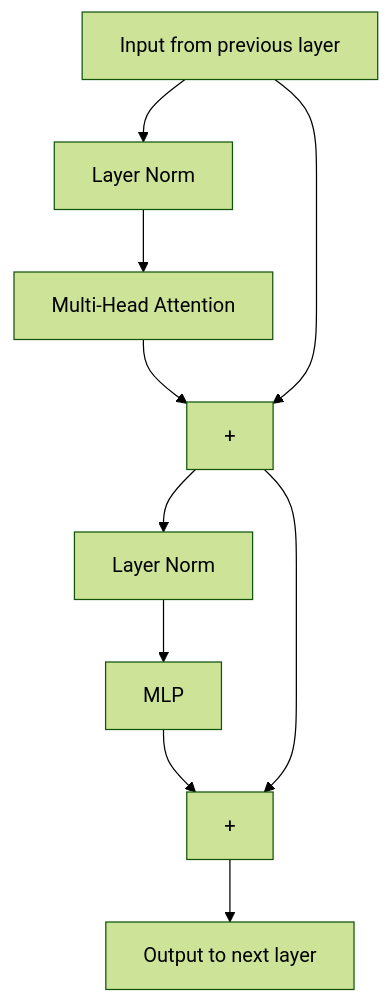
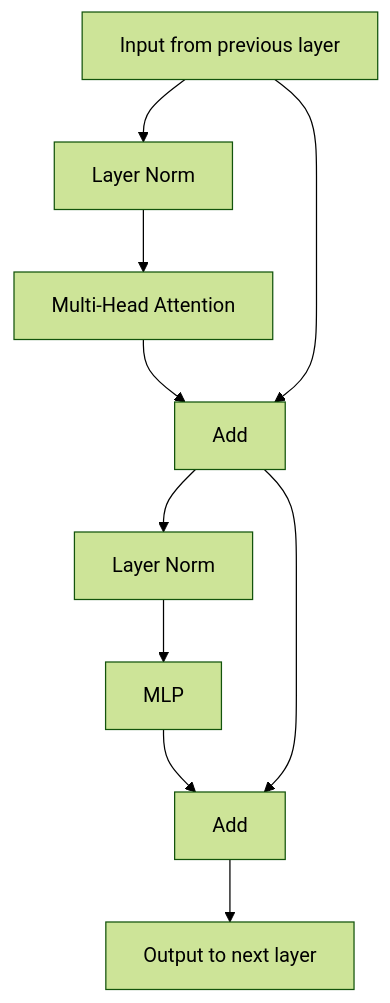
One commit to ttsugriy/mechinterp-first-principles changed the second of 2 diagrams in articles/02-transformers.qmd. Above: the diagram before and after it, drawn with Mermaid (forest theme).

Commit message:
Fix Mermaid diagram: replace '+' with 'Add' to avoid markdown parsing error

````diff
--- a/articles/02-transformers.qmd
+++ b/articles/02-transformers.qmd
@@ -273,14 +273,14 @@
 ```{mermaid}
 %%| fig-cap: "Inside each transformer layer: attention and MLP both read from and write to the residual stream."
 %%| fig-width: 7
 flowchart TB
     IN["Input from previous layer"] --> LN1["Layer Norm"]
     LN1 --> ATT["Multi-Head Attention"]
-    ATT --> A1["+"]
+    ATT --> A1["Add"]
     IN --> A1
     A1 --> LN2["Layer Norm"]
     LN2 --> MLP["MLP"]
-    MLP --> A2["+"]
+    MLP --> A2["Add"]
     A1 --> A2
     A2 --> OUT["Output to next layer"]
 ```
````
